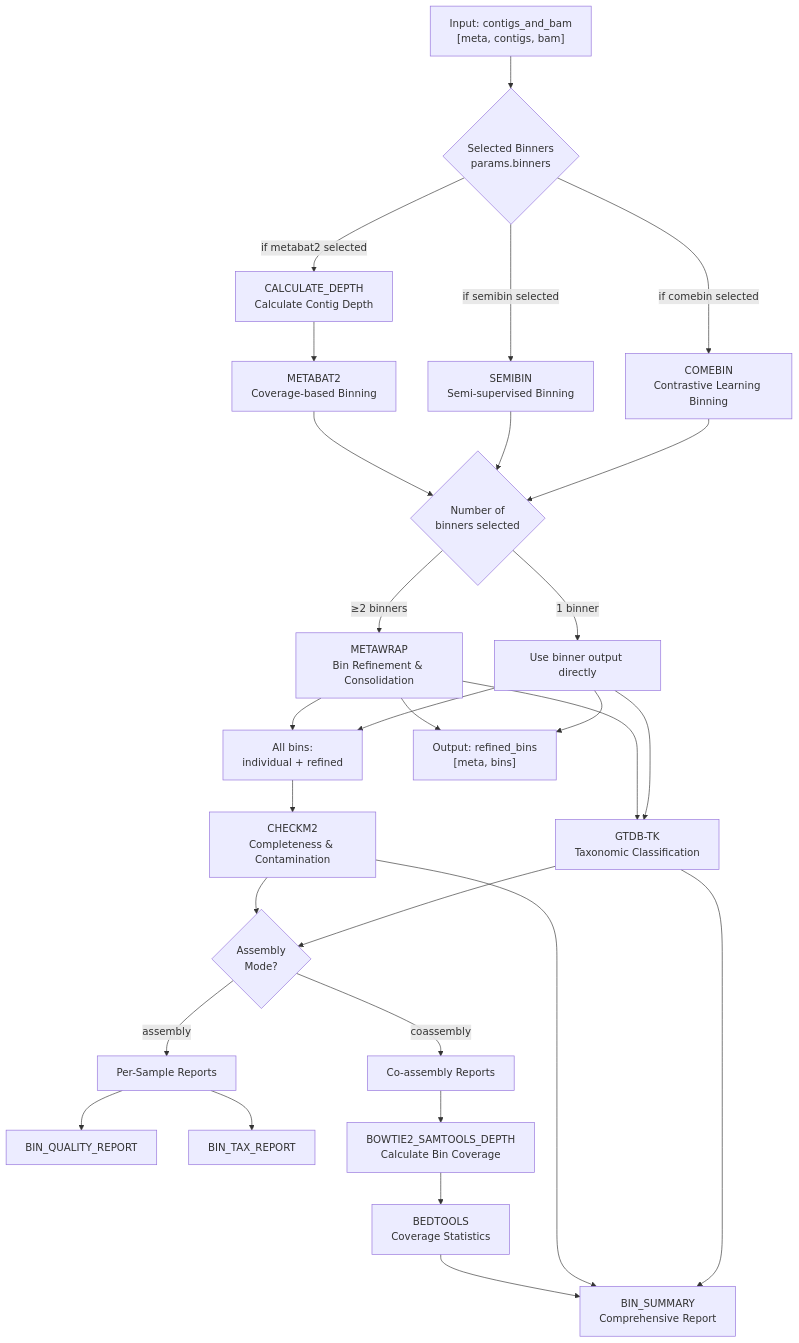
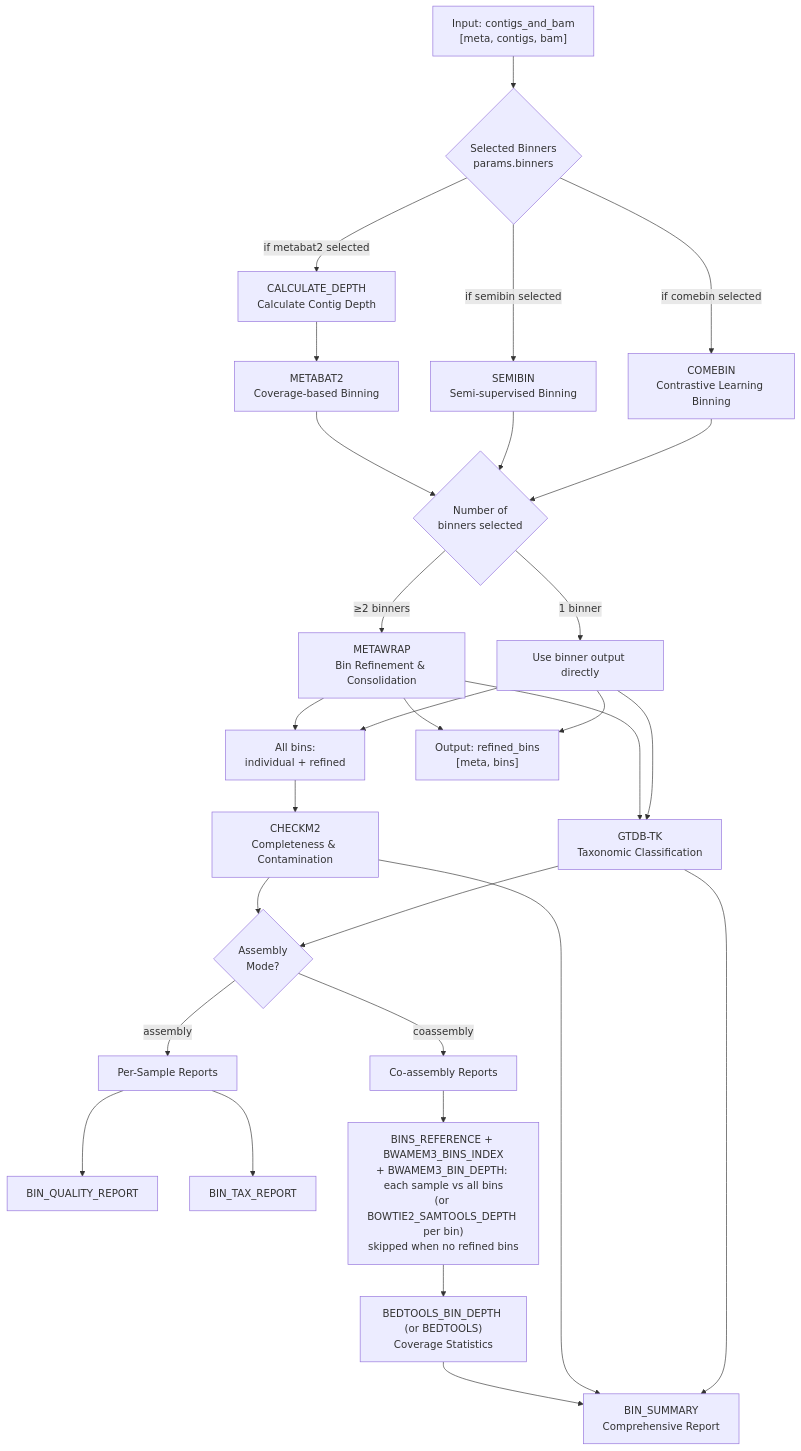
One commit to gene2dis/BugBuster changed the seventh of 8 diagrams in docs/WORKFLOW_DIAGRAM.md. Above: the diagram before and after it, drawn with Mermaid. The commit also changed other lines of this file and 14 other files, not shown here.

````diff
--- a/docs/WORKFLOW_DIAGRAM.md
+++ b/docs/WORKFLOW_DIAGRAM.md
@@ -244,44 +244,44 @@
 ```mermaid
 flowchart TD
     Input["Input: contigs_and_bam<br/>[meta, contigs, bam]"] --> BinnerSelect{Selected Binners<br/>params.binners}
 
     BinnerSelect -->|if metabat2 selected| CalcDepth[CALCULATE_DEPTH<br/>Calculate Contig Depth]
     CalcDepth --> MetaBAT[METABAT2<br/>Coverage-based Binning]
 
     BinnerSelect -->|if semibin selected| SemiBin[SEMIBIN<br/>Semi-supervised Binning]
     BinnerSelect -->|if comebin selected| COMEBin[COMEBIN<br/>Contrastive Learning Binning]
 
     %% Conditional MetaWRAP
     MetaBAT --> BinCount{Number of<br/>binners selected}
     SemiBin --> BinCount
     COMEBin --> BinCount
 
     BinCount -->|≥2 binners| MetaWRAP[METAWRAP<br/>Bin Refinement & Consolidation]
     BinCount -->|1 binner| DirectOut[Use binner output directly]
 
     %% Quality and Taxonomy
     MetaWRAP --> AllBins[All bins:<br/>individual + refined]
     DirectOut --> AllBins
     AllBins --> CheckM[CHECKM2<br/>Completeness & Contamination]
     MetaWRAP --> GTDBTK[GTDB-TK<br/>Taxonomic Classification]
     DirectOut --> GTDBTK
 
     %% Mode-specific reporting
     CheckM --> ModeCheck{Assembly<br/>Mode?}
     GTDBTK --> ModeCheck
 
     ModeCheck -->|assembly| AssemblyReports[Per-Sample Reports]
     AssemblyReports --> QualReport[BIN_QUALITY_REPORT]
     AssemblyReports --> TaxReport[BIN_TAX_REPORT]
 
     ModeCheck -->|coassembly| CoassemblyReports[Co-assembly Reports]
-    CoassemblyReports --> BinCov[BOWTIE2_SAMTOOLS_DEPTH<br/>Calculate Bin Coverage]
-    BinCov --> Bedtools[BEDTOOLS<br/>Coverage Statistics]
+    CoassemblyReports --> BinCov["BINS_REFERENCE + BWAMEM3_BINS_INDEX<br/>+ BWAMEM3_BIN_DEPTH: each sample vs all bins<br/>(or BOWTIE2_SAMTOOLS_DEPTH per bin)<br/>skipped when no refined bins"]
+    BinCov --> Bedtools["BEDTOOLS_BIN_DEPTH (or BEDTOOLS)<br/>Coverage Statistics"]
     Bedtools --> Summary[BIN_SUMMARY<br/>Comprehensive Report]
     CheckM --> Summary
     GTDBTK --> Summary
 
     %% Output
     MetaWRAP --> Output["Output: refined_bins<br/>[meta, bins]"]
     DirectOut --> Output
 ```
````
